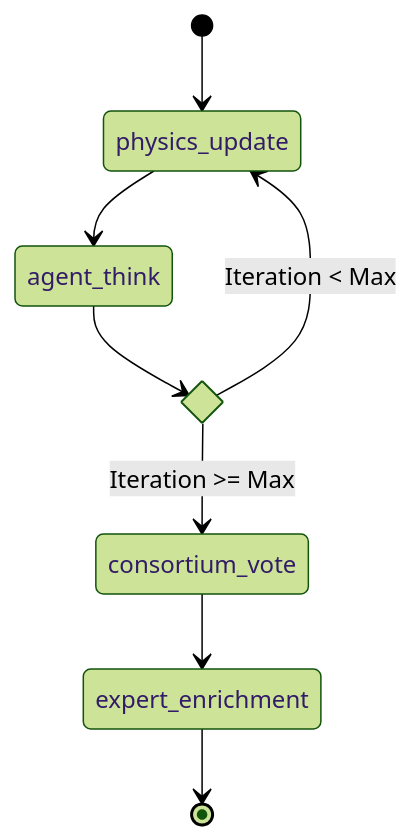
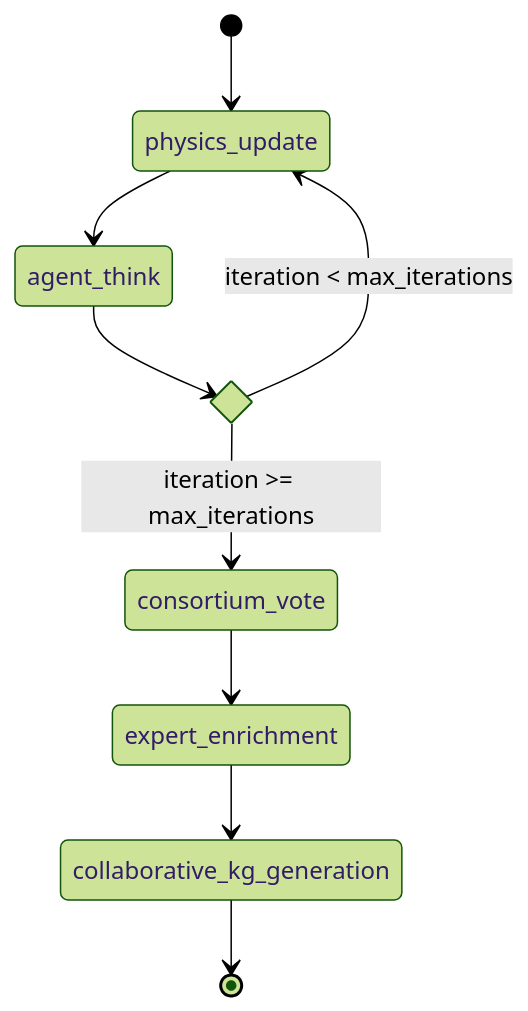
The second of 2 diagrams in docs/swarm_architecture.md (AnimalGuide-MackHaber/Murmuration_swarm), drawn with Mermaid (forest theme) before and after one commit. The commit also changed other lines of this file and 155 other files, not shown here.

Commit message:
Refactor core architecture, add FastAPI/React Control Tower, synthetic organism governor, and update documentation

````diff
--- a/docs/swarm_architecture.md
+++ b/docs/swarm_architecture.md
@@ -29,14 +80,15 @@
 ```mermaid
 stateDiagram-v2
     [*] --> physics_update
     physics_update --> agent_think
     
     state check_termination <<choice>>
     agent_think --> check_termination
     
-    check_termination --> physics_update: Iteration < Max
-    check_termination --> consortium_vote: Iteration >= Max
+    check_termination --> physics_update: iteration < max_iterations
+    check_termination --> consortium_vote: iteration >= max_iterations
     
     consortium_vote --> expert_enrichment
-    expert_enrichment --> [*]
+    expert_enrichment --> collaborative_kg_generation
+    collaborative_kg_generation --> [*]
 ```
````
